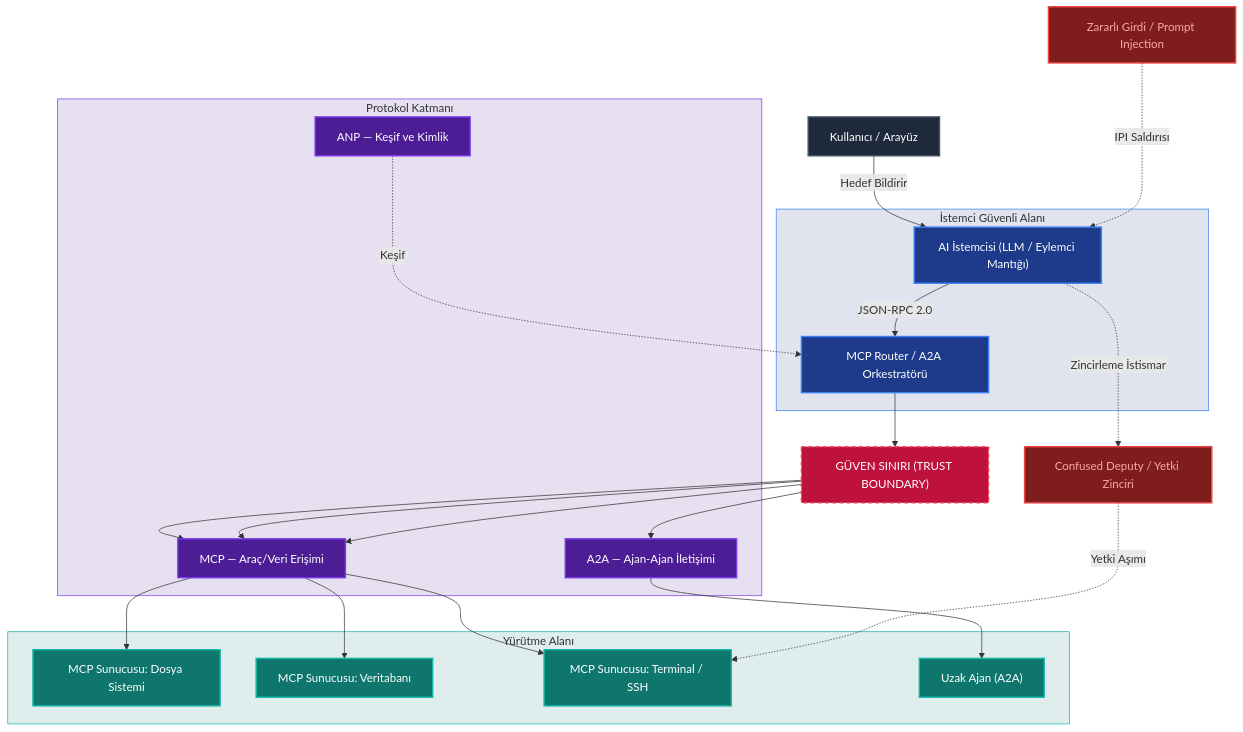
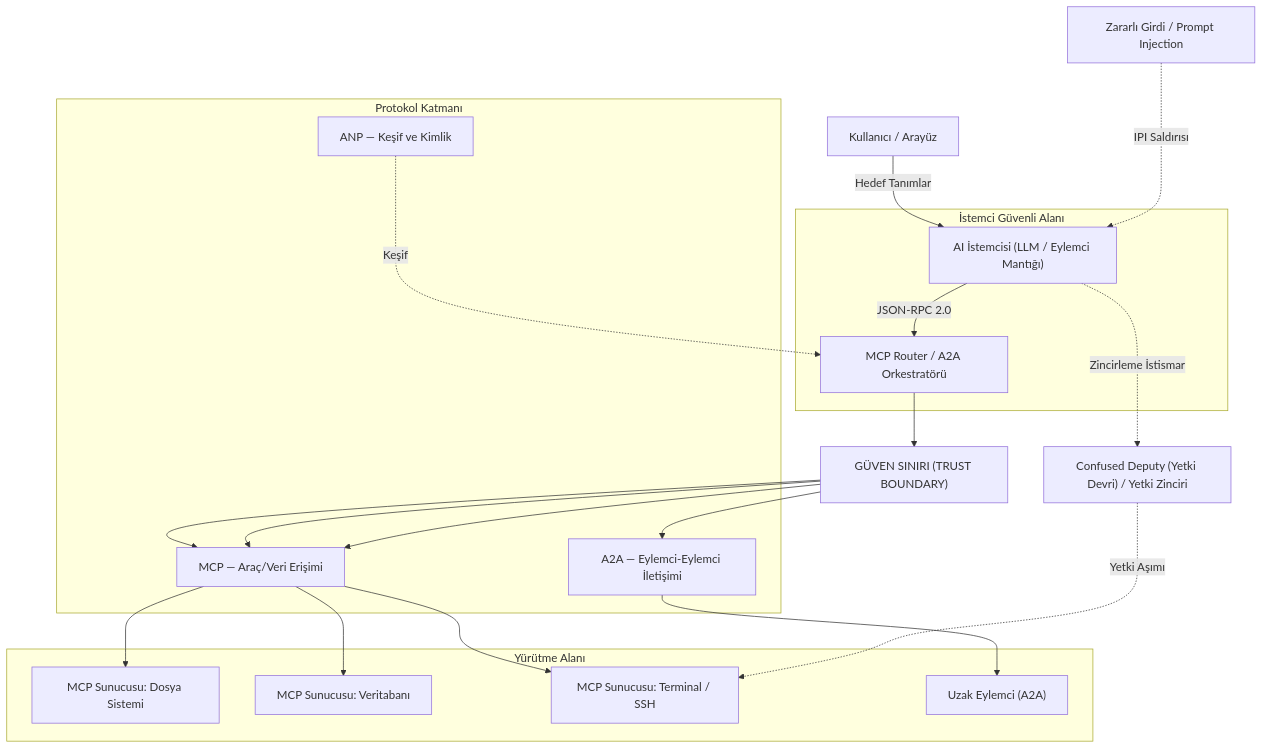
The first of 2 diagrams in website/content/agentic-ai-protocols-security-vulnerabilities/tr.md (yusufarbc/yusufarbc), drawn with Mermaid before and after one commit. The commit also changed other lines of this file and 24 other files, not shown here.

````diff
--- a/website/content/agentic-ai-protocols-security-vulnerabilities/tr.md
+++ b/website/content/agentic-ai-protocols-security-vulnerabilities/tr.md
@@ -21,51 +21,40 @@
 ```mermaid
 graph TD
-    classDef user fill:#1e293b,stroke:#475569,stroke-width:2px,color:#fff;
-    classDef client fill:#1e3a8a,stroke:#3b82f6,stroke-width:2px,color:#fff;
-    classDef boundary fill:#be123c,stroke:#f43f5e,stroke-width:2px,color:#fff,stroke-dasharray: 5 5;
-    classDef server fill:#0f766e,stroke:#14b8a6,stroke-width:2px,color:#fff;
-    classDef attack fill:#7f1d1d,stroke:#ef4444,stroke-width:2px,color:#fca5a5;
-    classDef protocol fill:#4c1d95,stroke:#7c3aed,stroke-width:2px,color:#fff;
-
-    User[Kullanıcı / Arayüz]:::user
+    User[Kullanıcı / Arayüz]
 
     subgraph ClientZone [İstemci Güvenli Alanı]
-        Client["AI İstemcisi (LLM / Eylemci Mantığı)"]:::client
-        Router["MCP Router / A2A Orkestratörü"]:::client
+        Client["AI İstemcisi (LLM / Eylemci Mantığı)"]
+        Router["MCP Router / A2A Orkestratörü"]
     end
 
-    TB["GÜVEN SINIRI (TRUST BOUNDARY)"]:::boundary
+    TB["GÜVEN SINIRI (TRUST BOUNDARY)"]
 
     subgraph ProtocolLayer [Protokol Katmanı]
-        MCP["MCP — Araç/Veri Erişimi"]:::protocol
-        A2A["A2A — Ajan-Ajan İletişimi"]:::protocol
-        ANP["ANP — Keşif ve Kimlik"]:::protocol
+        MCP["MCP — Araç/Veri Erişimi"]
+        A2A["A2A — Eylemci-Eylemci İletişimi"]
+        ANP["ANP — Keşif ve Kimlik"]
     end
 
     subgraph TargetZone [Yürütme Alanı]
-        S_Env["MCP Sunucusu: Dosya Sistemi"]:::server
-        S_Db["MCP Sunucusu: Veritabanı"]:::server
-        S_Term["MCP Sunucusu: Terminal / SSH"]:::server
-        RemoteAgent["Uzak Ajan (A2A)"]:::server
+        S_Env["MCP Sunucusu: Dosya Sistemi"]
+        S_Db["MCP Sunucusu: Veritabanı"]
+        S_Term["MCP Sunucusu: Terminal / SSH"]
+        RemoteAgent["Uzak Eylemci (A2A)"]
     end
 
-    Attacker["Zararlı Girdi / Prompt Injection"]:::attack
-    Confused["Confused Deputy / Yetki Zinciri"]:::attack
+    Attacker["Zararlı Girdi / Prompt Injection"]
+    Confused["Confused Deputy (Yetki Devri) / Yetki Zinciri"]
 
-    User -->|Hedef Bildirir| Client
+    User -->|Hedef Tanımlar| Client
     Client -->|JSON-RPC 2.0| Router
     Router --> TB
     TB --> MCP --> S_Env
     TB --> MCP --> S_Db
     TB --> MCP --> S_Term
     TB --> A2A --> RemoteAgent
     ANP -..->|Keşif| Router
 
     Attacker -..->|IPI Saldırısı| Client
     Client -..->|Zincirleme İstismar| Confused
     Confused -..->|Yetki Aşımı| S_Term
-
-    style ClientZone fill:#1e3a8a22,stroke:#3b82f6,stroke-width:1px
-    style TargetZone fill:#0f766e22,stroke:#14b8a6,stroke-width:1px
-    style ProtocolLayer fill:#4c1d9522,stroke:#7c3aed,stroke-width:1px
 ```
````
